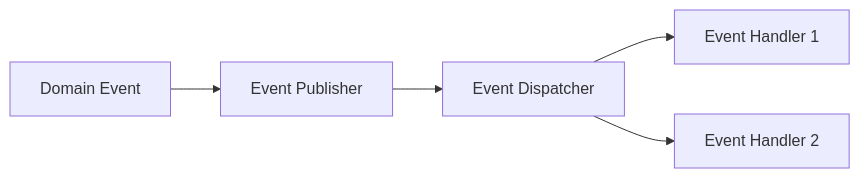
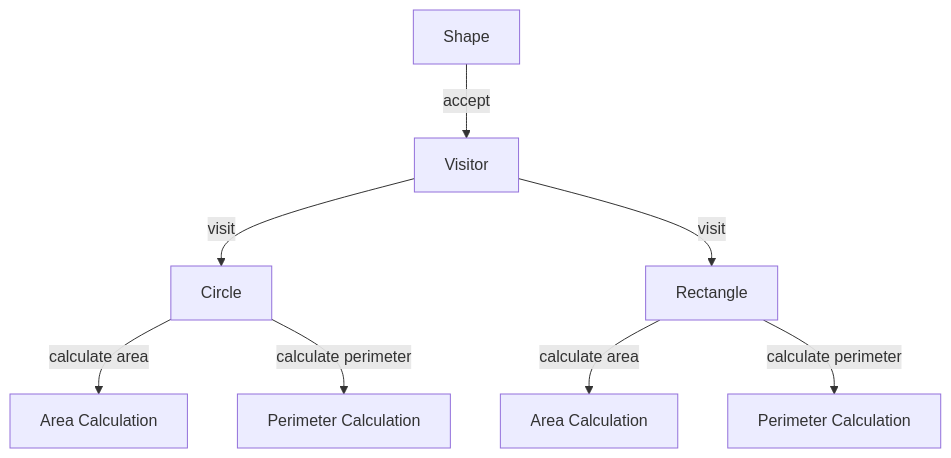
Before and after one commit to MasteryEducation/SoftwarePatternsLexicon.com: the diagram in content/patterns-clojure/8/7/index.md, drawn with Mermaid. The commit also changed other lines of this file and 462 other files, not shown here.

````diff
--- a/content/patterns-clojure/8/7/index.md
+++ b/content/patterns-clojure/8/7/index.md
@@ -42,7 +141,10 @@
 ```mermaid
-graph LR
-    A[Domain Event] --> B[Event Publisher]
-    B --> C[Event Dispatcher]
-    C --> D[Event Handler 1]
-    C --> E[Event Handler 2]
+graph TD;
+    A[Shape] -->|accept| B[Visitor]
+    B -->|visit| C[Circle]
+    B -->|visit| D[Rectangle]
+    C -->|calculate area| E[Area Calculation]
+    D -->|calculate area| F[Area Calculation]
+    C -->|calculate perimeter| G[Perimeter Calculation]
+    D -->|calculate perimeter| H[Perimeter Calculation]
 ```
````
